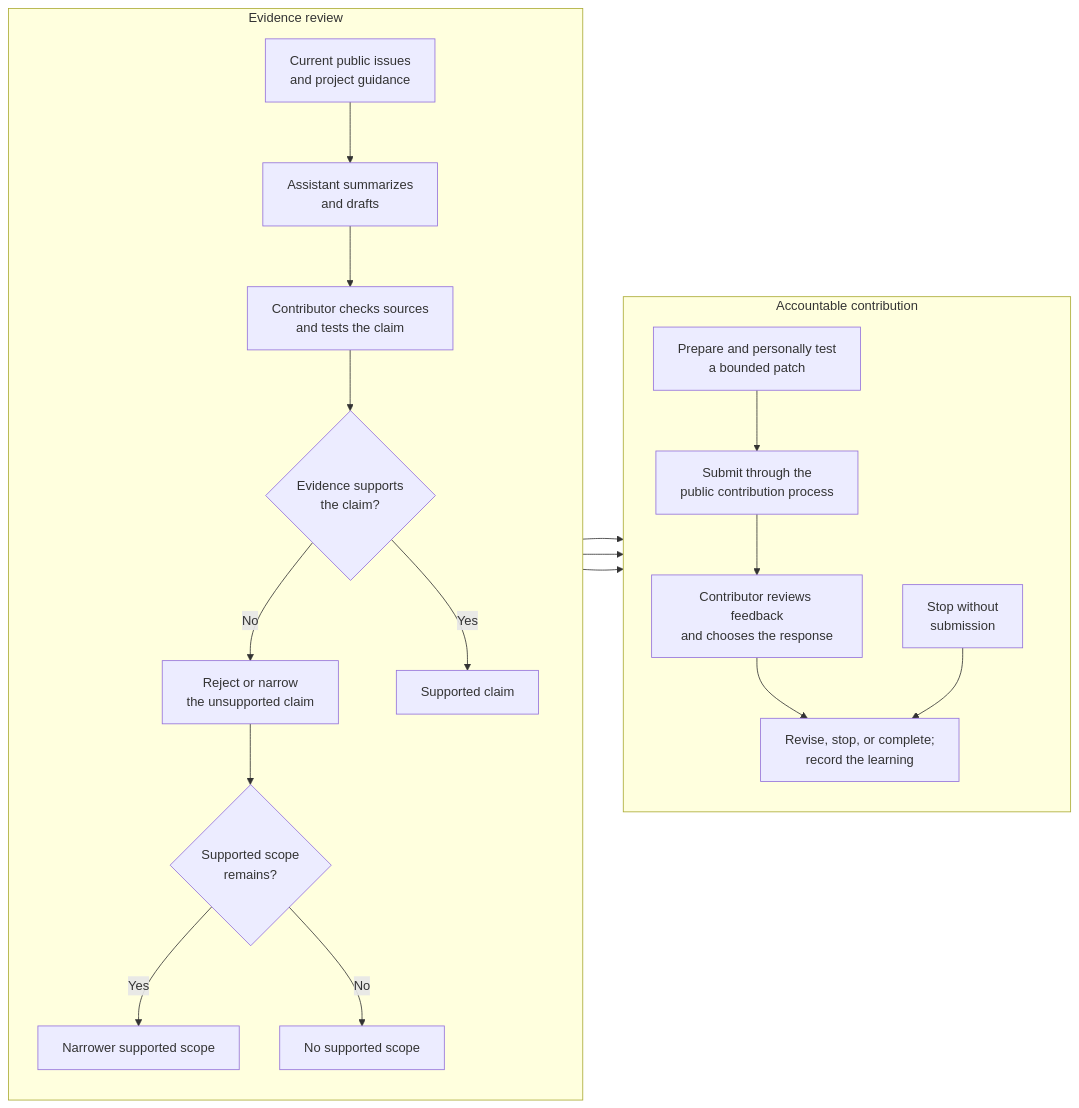
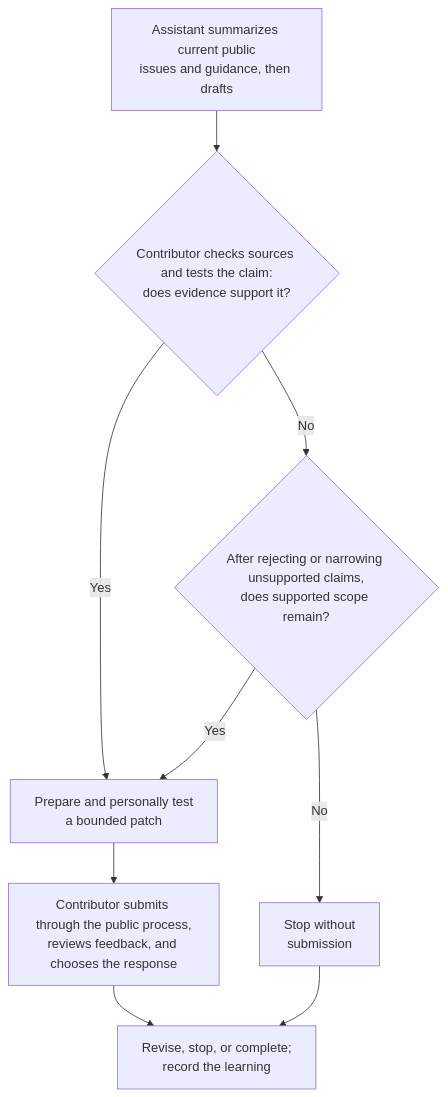
The diagram in examples/03-assisted-open-source-contribution.md (BradGroux/influence-operating-framework), drawn with Mermaid before and after one commit.

Commit message:
docs: simplify assisted example flow

````diff
--- a/examples/03-assisted-open-source-contribution.md
+++ b/examples/03-assisted-open-source-contribution.md
@@ -20,26 +20,12 @@
 ```mermaid
-flowchart LR
-    subgraph R["Evidence review"]
-        direction TB
-        P["Current public issues<br/>and project guidance"] --> A["Assistant summarizes<br/>and drafts"]
-        A --> H["Contributor checks sources<br/>and tests the claim"]
-        H --> D{"Evidence supports<br/>the claim?"}
-        D -- "No" --> N["Reject or narrow<br/>the unsupported claim"]
-        N --> Q{"Supported scope<br/>remains?"}
-        D -- "Yes" --> DY["Supported claim"]
-        Q -- "Yes" --> QY["Narrower supported scope"]
-        Q -- "No" --> QN["No supported scope"]
-    end
-
-    subgraph C["Accountable contribution"]
-        direction TB
-        T["Prepare and personally test<br/>a bounded patch"] --> S["Submit through the<br/>public contribution process"]
-        S --> F["Contributor reviews feedback<br/>and chooses the response"]
-        F --> L["Revise, stop, or complete;<br/>record the learning"]
-        X["Stop without<br/>submission"] --> L
-    end
-
-    DY --> T
-    QY --> T
-    QN --> X
+flowchart TD
+    A["Assistant summarizes current public<br/>issues and guidance, then drafts"]
+    A --> D{"Contributor checks sources and tests the claim:<br/>does evidence support it?"}
+    D -- "Yes" --> T["Prepare and personally test<br/>a bounded patch"]
+    D -- "No" --> Q{"After rejecting or narrowing unsupported claims,<br/>does supported scope remain?"}
+    Q -- "Yes" --> T
+    Q -- "No" --> X["Stop without<br/>submission"]
+    T --> F["Contributor submits through the public process,<br/>reviews feedback, and chooses the response"]
+    F --> L["Revise, stop, or complete;<br/>record the learning"]
+    X --> L
 ```
````
